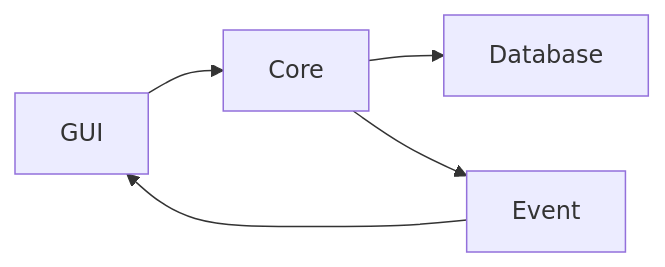
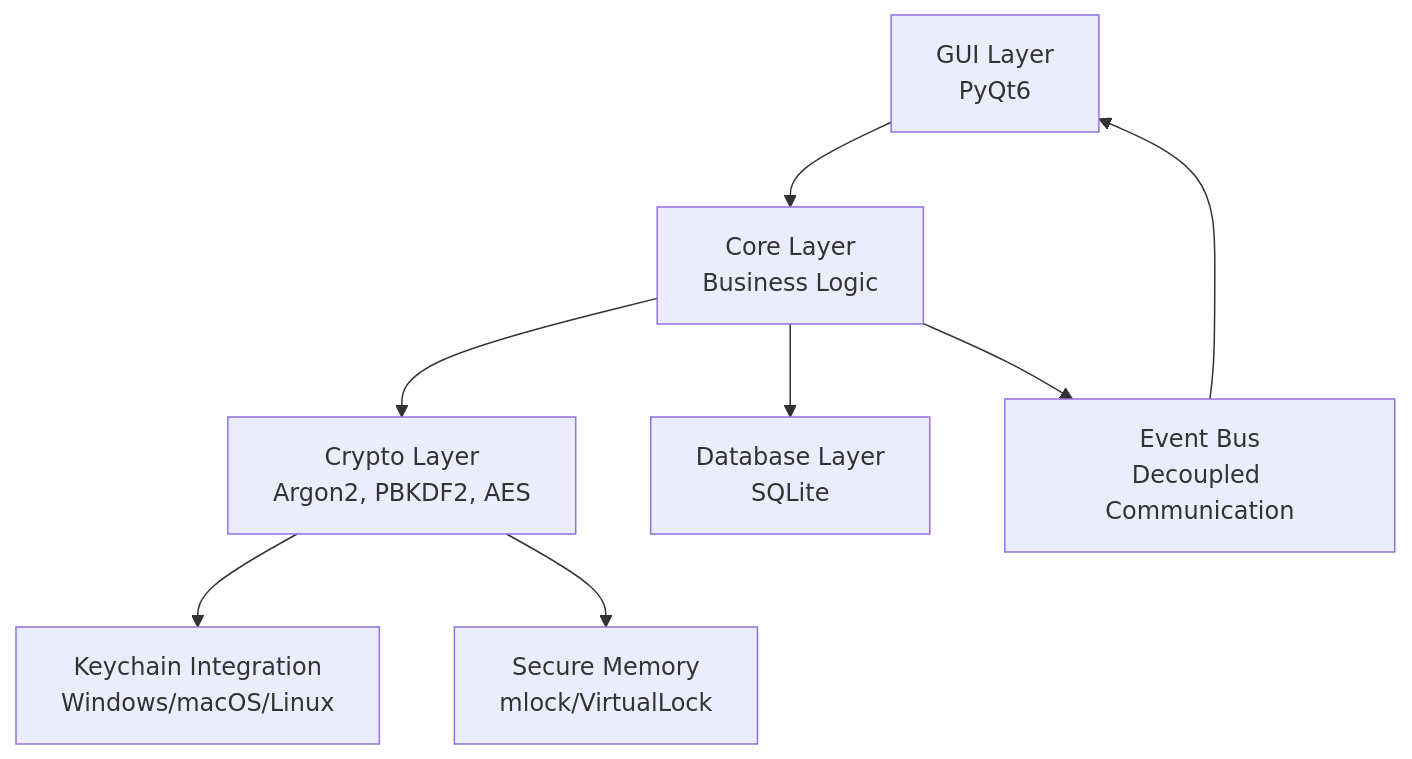
The diagram in README.md (Ansa1r/Crypto), drawn with Mermaid before and after one commit. The commit also changed other lines of this file, not shown here.

````diff
--- a/README.md
+++ b/README.md
@@ -190,7 +191,10 @@
 ```mermaid
-flowchart LR
-    GUI[GUI<br>] --> CORE[Core<br>]
-    CORE --> DB[Database<br>]
-    CORE --> EVT[Event<br>]
+flowchart TD
+    GUI[GUI Layer<br>PyQt6] --> CORE[Core Layer<br>Business Logic]
+    CORE --> CRYPTO[Crypto Layer<br>Argon2, PBKDF2, AES]
+    CORE --> DB[Database Layer<br>SQLite]
+    CORE --> EVT[Event Bus<br>Decoupled Communication]
+    CRYPTO --> KEYCHAIN[Keychain Integration<br>Windows/macOS/Linux]
+    CRYPTO --> SECURE_MEM[Secure Memory<br>mlock/VirtualLock]
     EVT --> GUI
 ```
````
